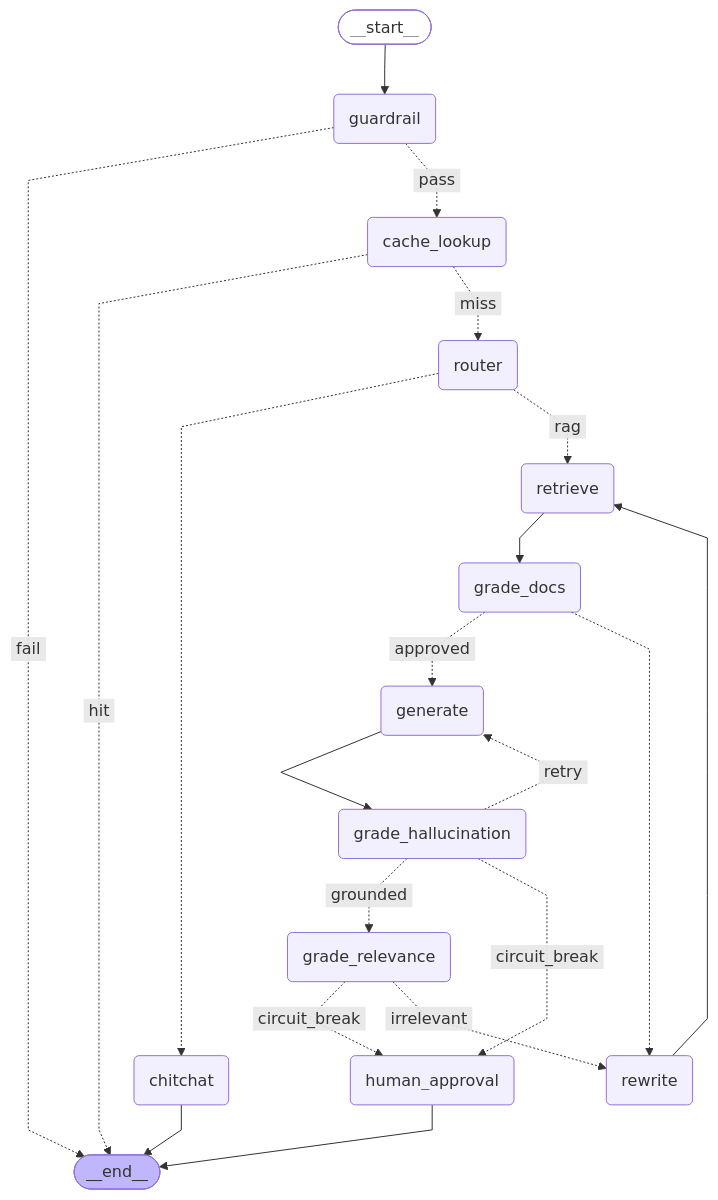
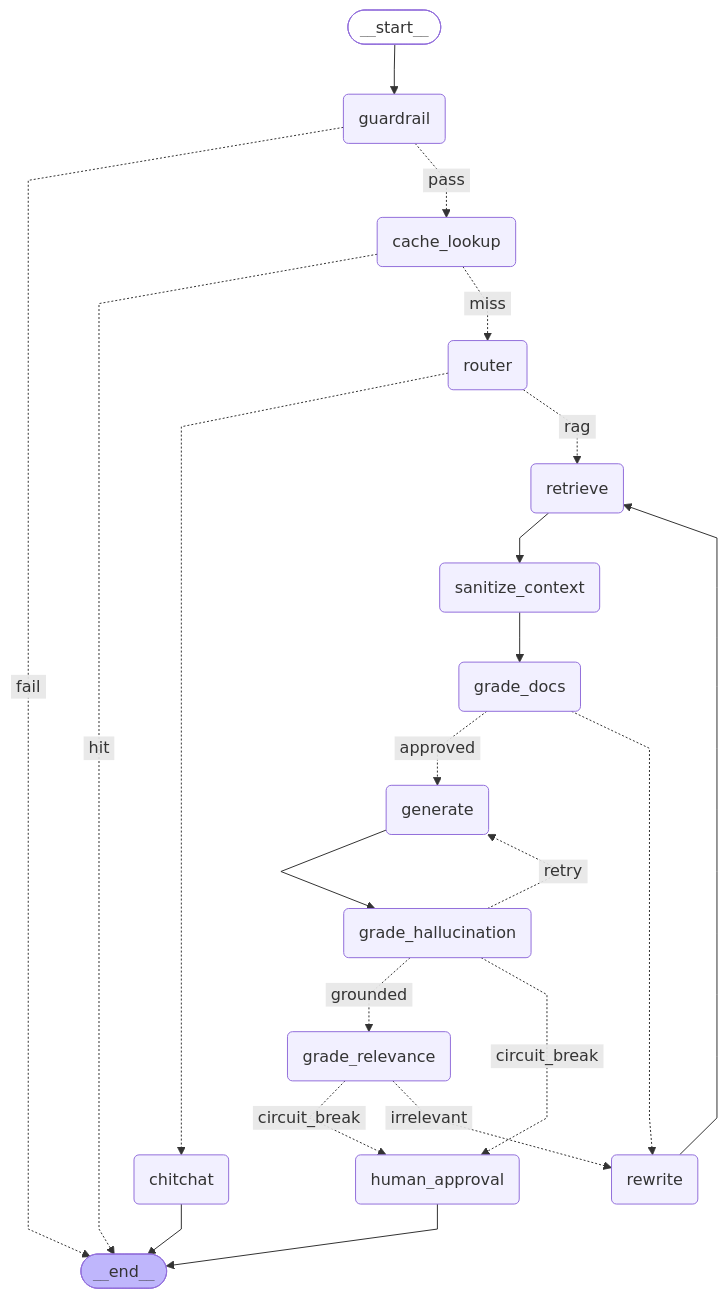
Before and after one commit to whybothercoding/local-rag-lab: the diagram in docs/architecture.mmd, drawn with Mermaid. The commit also changed 6 other files, not shown here.

```diff
--- a/docs/architecture.mmd
+++ b/docs/architecture.mmd
@@ -1,41 +1,43 @@
 ---
 config:
   flowchart:
     curve: linear
 ---
 graph TD;
 	__start__([<p>__start__</p>]):::first
 	guardrail(guardrail)
 	cache_lookup(cache_lookup)
 	router(router)
 	chitchat(chitchat)
 	retrieve(retrieve)
+	sanitize_context(sanitize_context)
 	grade_docs(grade_docs)
 	rewrite(rewrite)
 	generate(generate)
 	grade_hallucination(grade_hallucination)
 	grade_relevance(grade_relevance)
 	human_approval(human_approval)
 	__end__([<p>__end__</p>]):::last
 	__start__ --> guardrail;
 	cache_lookup -. &nbsp;hit&nbsp; .-> __end__;
 	cache_lookup -. &nbsp;miss&nbsp; .-> router;
 	generate --> grade_hallucination;
 	grade_docs -. &nbsp;approved&nbsp; .-> generate;
 	grade_docs -.-> rewrite;
 	grade_hallucination -. &nbsp;retry&nbsp; .-> generate;
 	grade_hallucination -. &nbsp;grounded&nbsp; .-> grade_relevance;
 	grade_hallucination -. &nbsp;circuit_break&nbsp; .-> human_approval;
 	grade_relevance -. &nbsp;circuit_break&nbsp; .-> human_approval;
 	grade_relevance -. &nbsp;irrelevant&nbsp; .-> rewrite;
 	guardrail -. &nbsp;fail&nbsp; .-> __end__;
 	guardrail -. &nbsp;pass&nbsp; .-> cache_lookup;
-	retrieve --> grade_docs;
+	retrieve --> sanitize_context;
 	rewrite --> retrieve;
 	router -.-> chitchat;
 	router -. &nbsp;rag&nbsp; .-> retrieve;
+	sanitize_context --> grade_docs;
 	chitchat --> __end__;
 	human_approval --> __end__;
 	classDef default fill:#f2f0ff,line-height:1.2
 	classDef first fill-opacity:0
 	classDef last fill:#bfb6fc
```
